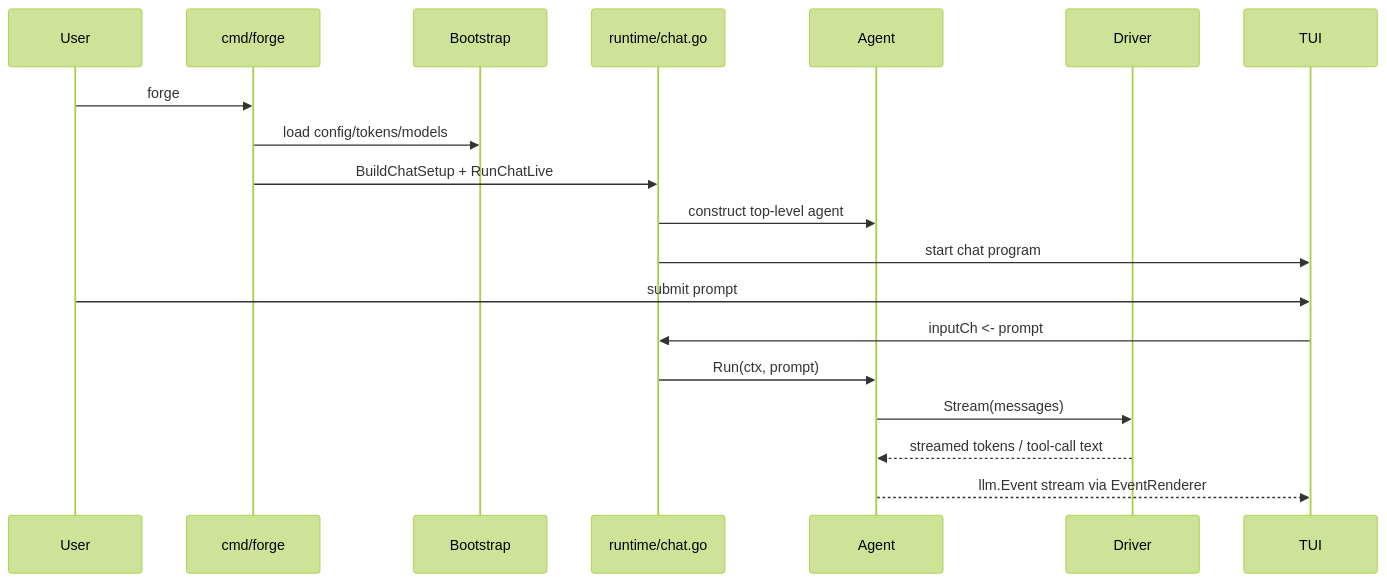
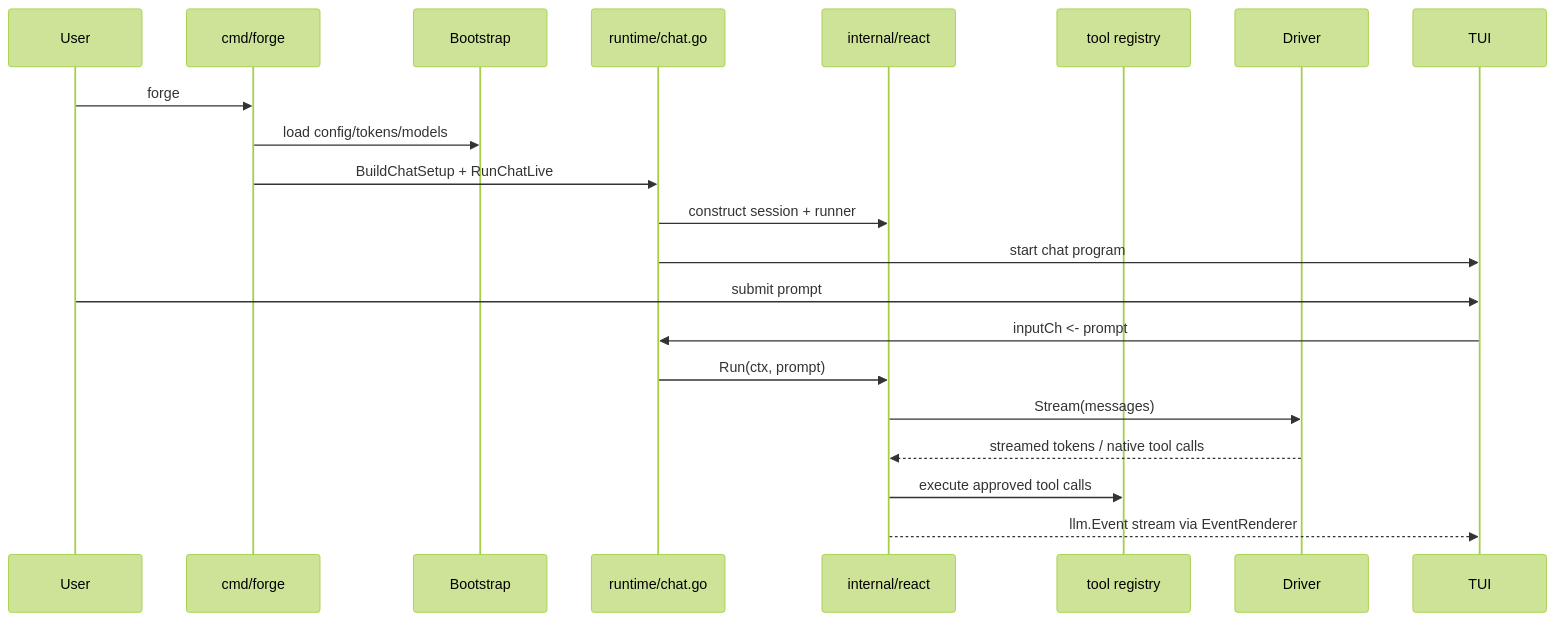
The second of 2 diagrams in ARCHITECTURE.md (Cass67/forge), drawn with Mermaid (forest theme) before and after one commit. The commit also changed other lines of this file and 2 other files, not shown here.

Commit message:
docs: refresh runtime architecture docs

````diff
--- a/ARCHITECTURE.md
+++ b/ARCHITECTURE.md
@@ -110,22 +122,24 @@
 ```mermaid
 sequenceDiagram
     participant User
     participant CLI as cmd/forge
     participant Bootstrap
     participant Runtime as runtime/chat.go
-    participant Agent
+    participant React as internal/react
+    participant Tools as tool registry
     participant Driver
     participant TUI
 
     User->>CLI: forge
     CLI->>Bootstrap: load config/tokens/models
     CLI->>Runtime: BuildChatSetup + RunChatLive
-    Runtime->>Agent: construct top-level agent
+    Runtime->>React: construct session + runner
     Runtime->>TUI: start chat program
     User->>TUI: submit prompt
     TUI->>Runtime: inputCh <- prompt
-    Runtime->>Agent: Run(ctx, prompt)
-    Agent->>Driver: Stream(messages)
-    Driver-->>Agent: streamed tokens / tool-call text
-    Agent-->>TUI: llm.Event stream via EventRenderer
+    Runtime->>React: Run(ctx, prompt)
+    React->>Driver: Stream(messages)
+    Driver-->>React: streamed tokens / native tool calls
+    React->>Tools: execute approved tool calls
+    React-->>TUI: llm.Event stream via EventRenderer
 ```
````
